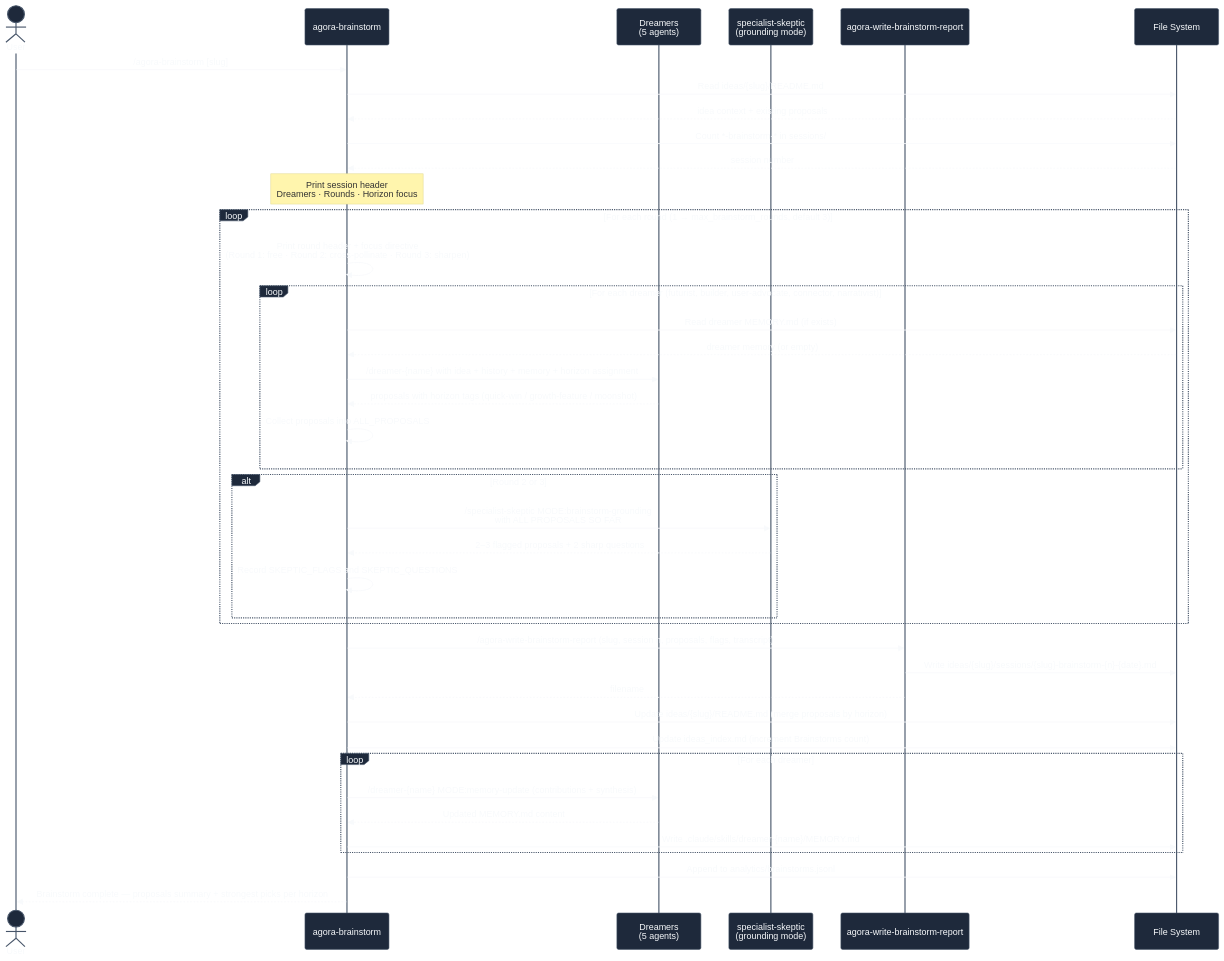
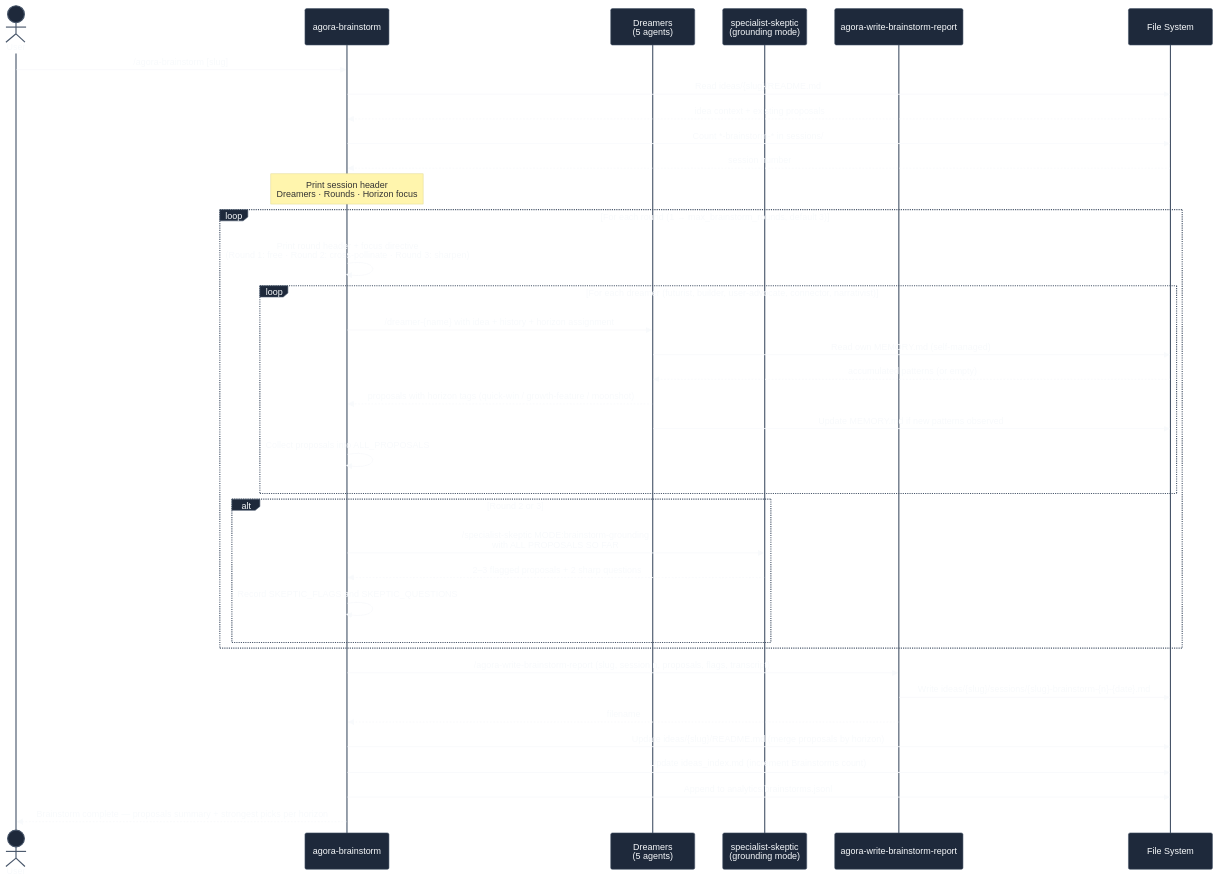
One commit to aryan-curiel/agora changed the diagram in docs/diagrams/05-brainstorm-session-flow.mmd. Above: the diagram before and after it, drawn with Mermaid. The commit also changed 7 other files, not shown here.

First line of the commit message:
Update diagrams, landing page, and slides for agent-owned memory

```diff
--- a/docs/diagrams/05-brainstorm-session-flow.mmd
+++ b/docs/diagrams/05-brainstorm-session-flow.mmd
@@ -1,51 +1,46 @@
 %%{init: {"theme": "base", "themeVariables": {"primaryColor": "#1e293b", "primaryTextColor": "#f8fafc", "primaryBorderColor": "#475569", "lineColor": "#94a3b8", "secondaryColor": "#0f172a", "tertiaryColor": "#162032", "background": "#0f172a", "mainBkg": "#1e293b", "nodeBorder": "#475569", "clusterBkg": "#162032", "titleColor": "#f8fafc", "edgeLabelBackground": "#1e293b", "fontFamily": "monospace"}}}%%
 
 sequenceDiagram
     actor User
     participant BS as agora-brainstorm
     participant DR as Dreamers<br/>(5 agents)
     participant SK as specialist-skeptic<br/>(grounding mode)
     participant WR as agora-write-brainstorm-report
     participant FS as File System
 
     User->>BS: /agora-brainstorm [slug]
     BS->>FS: Read ideas/{slug}/README.md
     FS-->>BS: idea context + existing proposals
     BS->>FS: Count *-brainstorm-* in sessions/
     FS-->>BS: session number
 
     Note over BS: Print session header<br/>Dreamers · Rounds · Horizon focus
 
     loop For each round (1 → max_brainstorm_rounds, default 3)
         BS->>BS: Print round header + focus directive<br/>(Round 1: free · Round 2: cross-pollinate · Round 3: sharpen)
 
         loop For each dreamer (futurist, builder, user-advocate, connector, narrativist)
-            BS->>FS: Read dreamer MEMORY.md (if exists)
-            FS-->>BS: dreamer memory (or empty)
-            BS->>DR: /dreamer-{name} with idea + history + memory + horizon assignment
+            BS->>DR: /dreamer-{name} with idea + history + horizon assignment
+            DR->>FS: Read own MEMORY.md (self-managed)
+            FS-->>DR: accumulated patterns (or empty)
             DR-->>BS: proposals with horizon tags (quick-win / growth-feature / moonshot)
+            DR->>FS: Update MEMORY.md if new patterns observed
             BS->>BS: Collect proposals into ALL_PROPOSALS
         end
 
         alt Round 2 or 3
             BS->>SK: /specialist-skeptic MODE:brainstorm-grounding<br/>with ALL PROPOSALS SO FAR
             SK-->>BS: 2–3 flagged proposals + 2 sharp questions
             BS->>BS: Record SKEPTIC_FLAGS and SKEPTIC_QUESTIONS
         end
     end
 
     BS->>WR: /agora-write-brainstorm-report (slug, session n, proposals, flags, transcript)
     WR->>FS: Write ideas/{slug}/sessions/{slug}-brainstorm-{n}-{date}.md
     WR-->>BS: filename
 
     BS->>FS: Update ideas/{slug}/README.md (merge proposals by horizon)
     BS->>FS: Update ideas_index.md (increment Brainstorms count)
 
-    loop For each dreamer
-        BS->>DR: /dreamer-{name} MODE:memory-update (contributions + synthesis)
-        DR-->>BS: Updated MEMORY.md content
-        BS->>FS: Write .claude/skills/dreamer-{name}/MEMORY.md
-    end
-
     BS->>FS: Append to analytics/brainstorms.jsonl
     BS-->>User: Brainstorm complete — proposals summary + strongest picks per horizon
```
